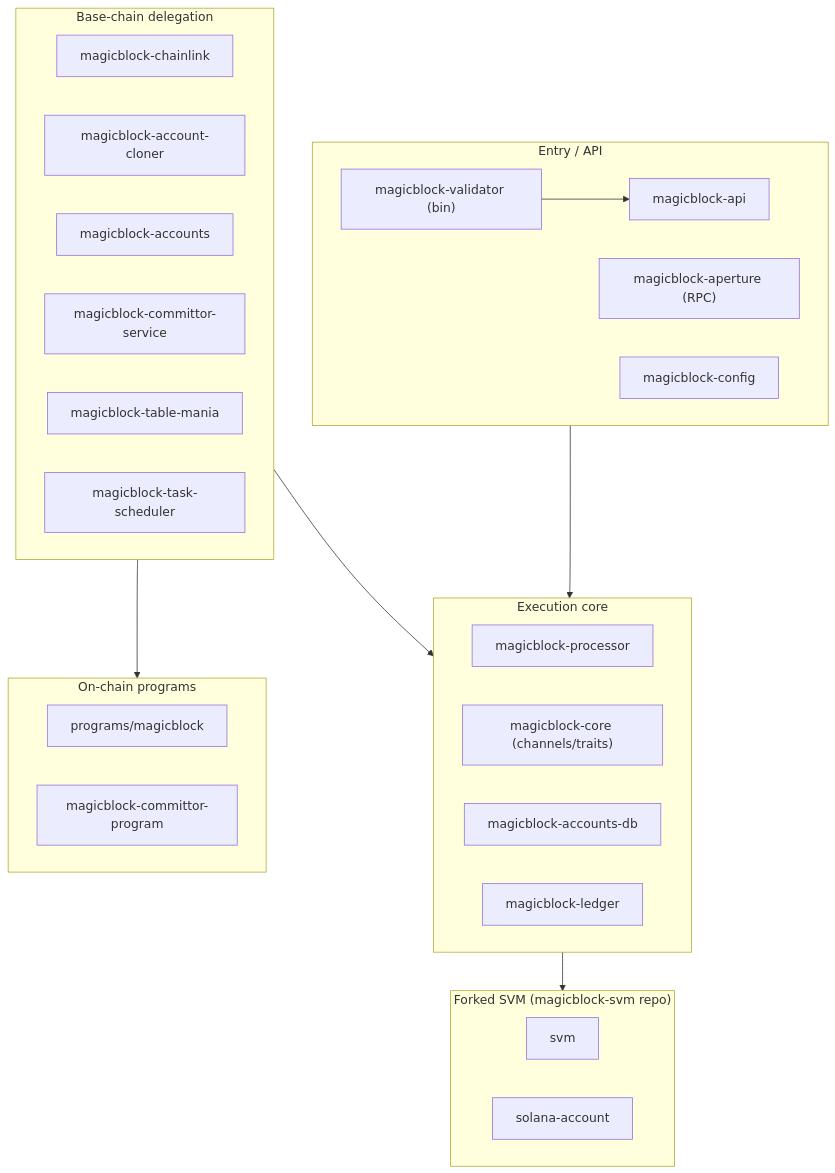
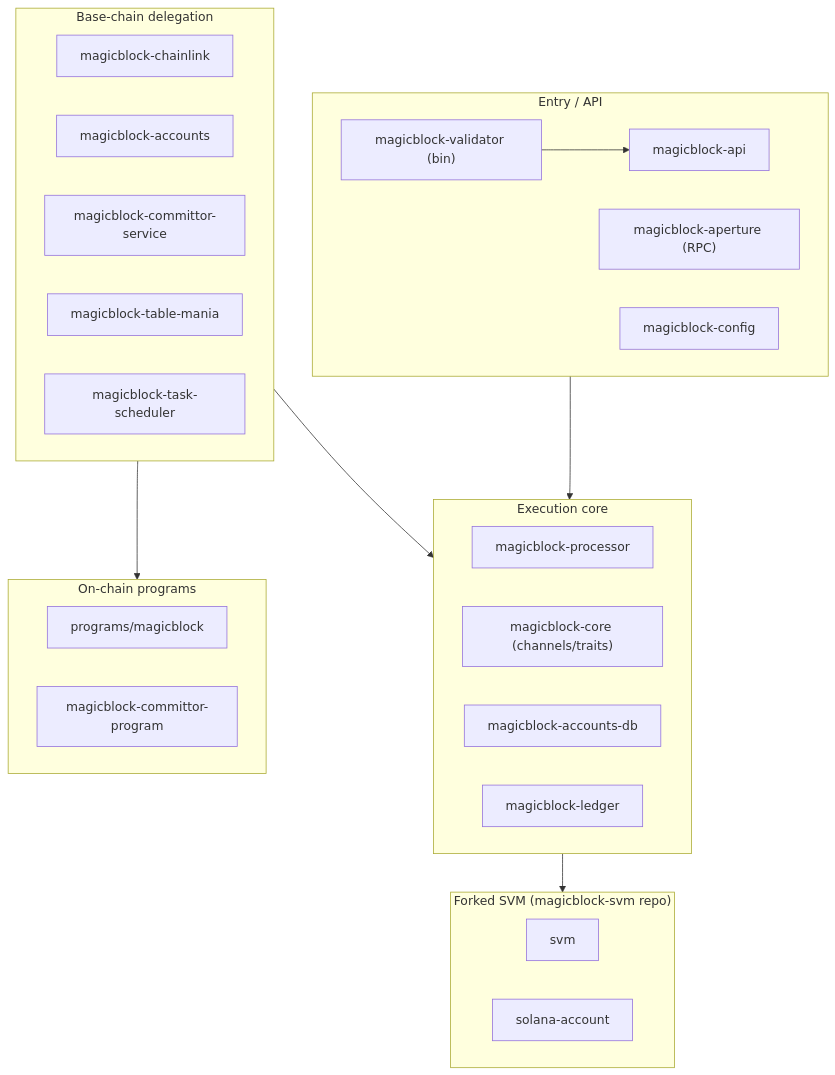
The first of 2 diagrams in docs/architecture.md (magicblock-labs/magicblock-validator), drawn with Mermaid before and after one commit. The commit also changed other lines of this file and 658 other files, not shown here.

````diff
--- a/docs/architecture.md
+++ b/docs/architecture.md
@@ -12,34 +12,33 @@
 ```mermaid
 flowchart TB
     subgraph entry["Entry / API"]
         bin["magicblock-validator (bin)"] --> api[magicblock-api]
         aperture["magicblock-aperture (RPC)"]
         config[magicblock-config]
     end
     subgraph core["Execution core"]
         processor[magicblock-processor]
         mbcore["magicblock-core (channels/traits)"]
         adb[magicblock-accounts-db]
         ledger[magicblock-ledger]
     end
     subgraph delegation["Base-chain delegation"]
         chainlink[magicblock-chainlink]
-        cloner[magicblock-account-cloner]
         accounts[magicblock-accounts]
         committor[magicblock-committor-service]
         tablemania[magicblock-table-mania]
         tasksched[magicblock-task-scheduler]
     end
     subgraph programs["On-chain programs"]
         magicprog["programs/magicblock"]
         committorprog[magicblock-committor-program]
     end
     subgraph svm["Forked SVM (magicblock-svm repo)"]
         svmcrate[svm]
         solacct[solana-account]
     end
     entry --> core
     core --> svm
     delegation --> core
     delegation --> programs
 ```
````
